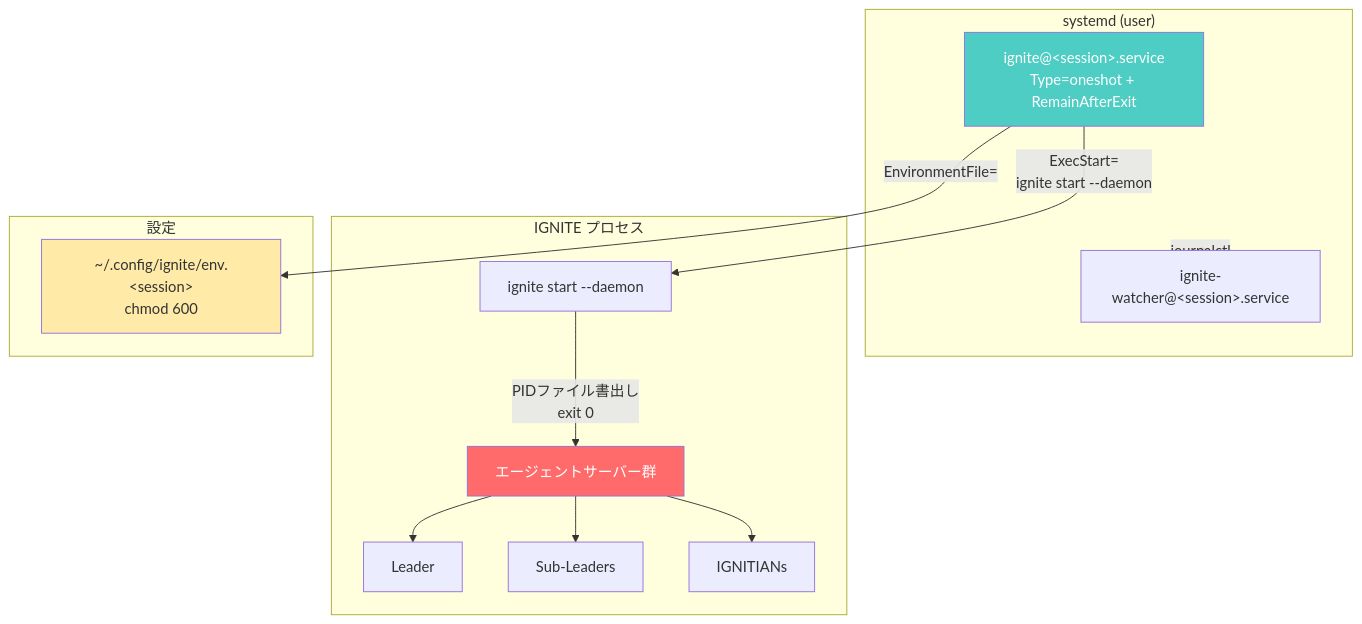
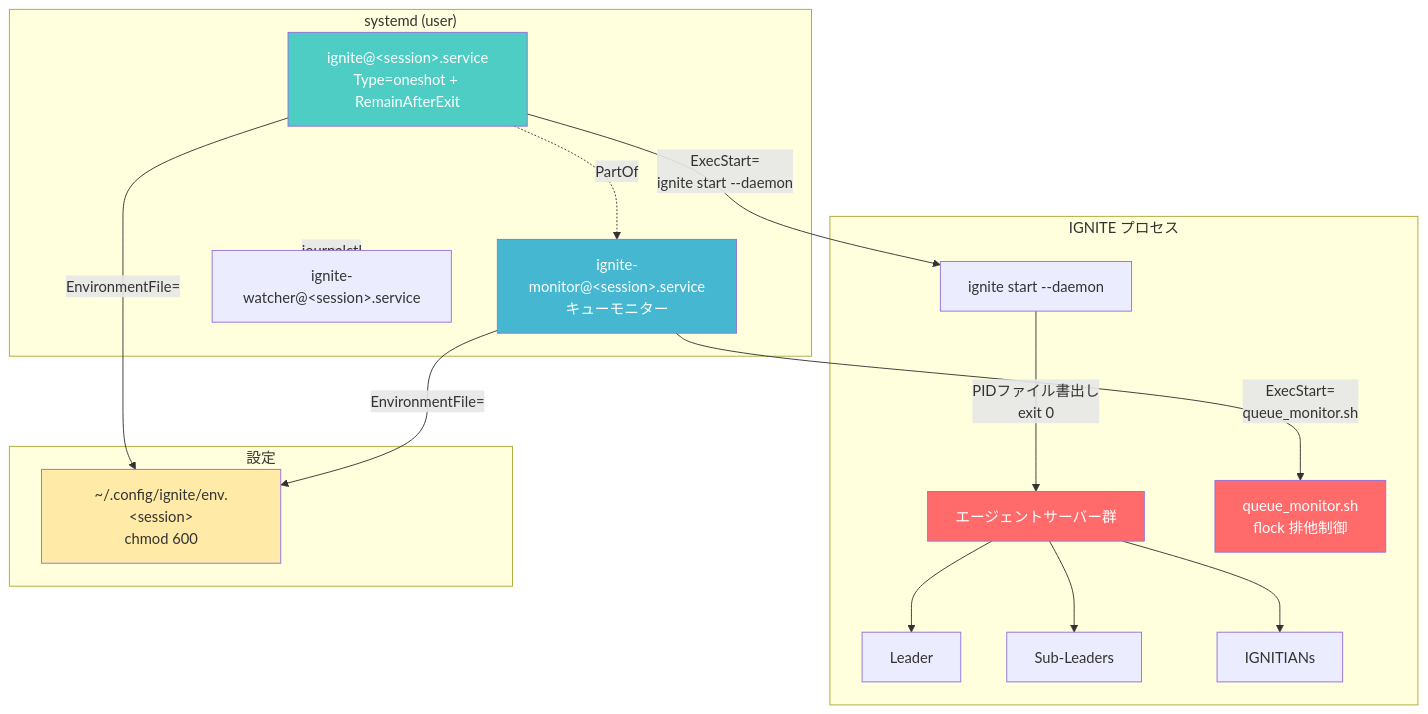
Before and after one commit to myfinder/IGNITE: the diagram in docs/service.md, drawn with Mermaid. The commit also changed other lines of this file and 1 other file, not shown here.

````diff
--- a/docs/service.md
+++ b/docs/service.md
@@ -20,32 +20,39 @@
 ```mermaid
 flowchart TB
     subgraph systemd["systemd (user)"]
         Unit["ignite@&lt;session&gt;.service<br/>Type=oneshot + RemainAfterExit"]
+        Monitor["ignite-monitor@&lt;session&gt;.service<br/>キューモニター"]
         Watcher["ignite-watcher@&lt;session&gt;.service"]
+        Unit -.->|"PartOf"| Monitor
     end
 
     subgraph IGNITE["IGNITE プロセス"]
         Start["ignite start --daemon"]
         Agents["エージェントサーバー群"]
+        QueueMon["queue_monitor.sh<br/>flock 排他制御"]
         Leader["Leader"]
         SubLeaders["Sub-Leaders"]
         IGNITIANs["IGNITIANs"]
 
         Start -->|"PIDファイル書出し<br/>exit 0"| Agents
         Agents --> Leader
         Agents --> SubLeaders
         Agents --> IGNITIANs
     end
 
     subgraph Config["設定"]
         EnvFile["~/.config/ignite/env.&lt;session&gt;<br/>chmod 600"]
     end
 
     Unit -->|"ExecStart=<br/>ignite start --daemon"| Start
     Unit -->|"EnvironmentFile="| EnvFile
+    Monitor -->|"ExecStart=<br/>queue_monitor.sh"| QueueMon
+    Monitor -->|"EnvironmentFile="| EnvFile
     systemd -->|"journalctl"| Watcher
 
     style Unit fill:#4ecdc4,color:#fff
+    style Monitor fill:#45b7d1,color:#fff
     style Agents fill:#ff6b6b,color:#fff
+    style QueueMon fill:#ff6b6b,color:#fff
     style EnvFile fill:#ffeaa7,color:#333
 ```
````
